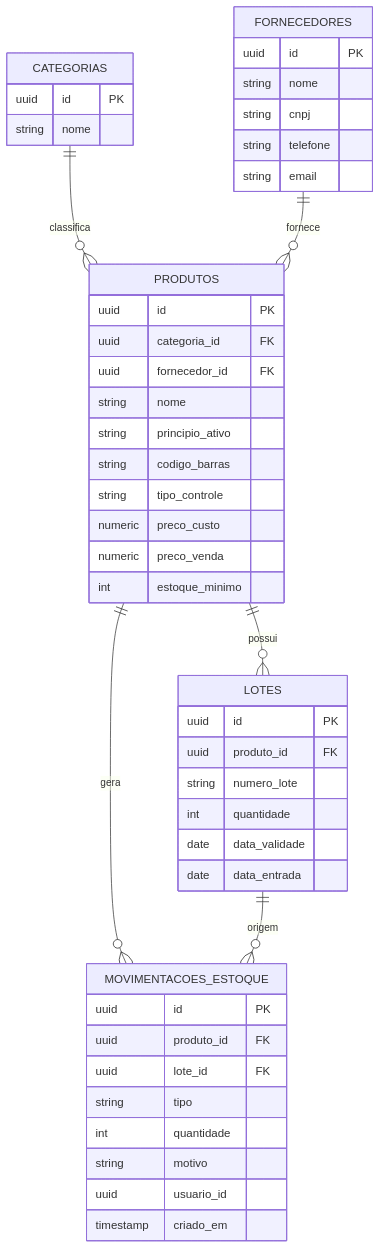
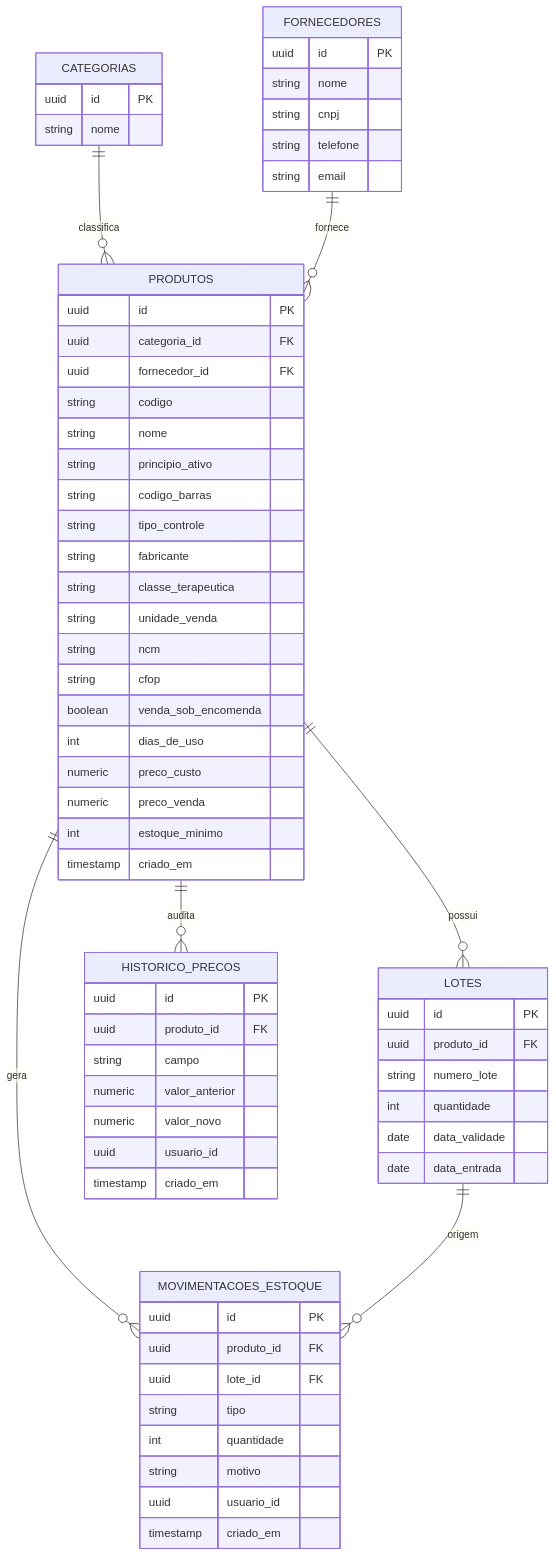
One commit to EduFerreira13/Arkos-Farmacia changed the second of 6 diagrams in docs/MODELO-DADOS.md. Above: the diagram before and after it, drawn with Mermaid. The commit also changed other lines of this file, not shown here.

First line of the commit message:
docs: sincroniza MODELO-DADOS.md com o schema real do banco

````diff
--- a/docs/MODELO-DADOS.md
+++ b/docs/MODELO-DADOS.md
@@ -39,50 +49,69 @@
 ```mermaid
 erDiagram
   CATEGORIAS ||--o{ PRODUTOS : classifica
   FORNECEDORES ||--o{ PRODUTOS : fornece
   PRODUTOS ||--o{ LOTES : possui
   PRODUTOS ||--o{ MOVIMENTACOES_ESTOQUE : gera
+  PRODUTOS ||--o{ HISTORICO_PRECOS : audita
   LOTES ||--o{ MOVIMENTACOES_ESTOQUE : origem
 
   CATEGORIAS {
     uuid id PK
     string nome
   }
   FORNECEDORES {
     uuid id PK
     string nome
     string cnpj
     string telefone
     string email
   }
   PRODUTOS {
     uuid id PK
     uuid categoria_id FK
     uuid fornecedor_id FK
+    string codigo
     string nome
     string principio_ativo
     string codigo_barras
     string tipo_controle
+    string fabricante
+    string classe_terapeutica
+    string unidade_venda
+    string ncm
+    string cfop
+    boolean venda_sob_encomenda
+    int dias_de_uso
     numeric preco_custo
     numeric preco_venda
     int estoque_minimo
+    timestamp criado_em
   }
   LOTES {
     uuid id PK
     uuid produto_id FK
     string numero_lote
     int quantidade
     date data_validade
     date data_entrada
   }
   MOVIMENTACOES_ESTOQUE {
     uuid id PK
     uuid produto_id FK
     uuid lote_id FK
     string tipo
     int quantidade
     string motivo
     uuid usuario_id
     timestamp criado_em
   }
+  HISTORICO_PRECOS {
+    uuid id PK
+    uuid produto_id FK
+    string campo
+    numeric valor_anterior
+    numeric valor_novo
+    uuid usuario_id
+    timestamp criado_em
+  }
 ```
````
